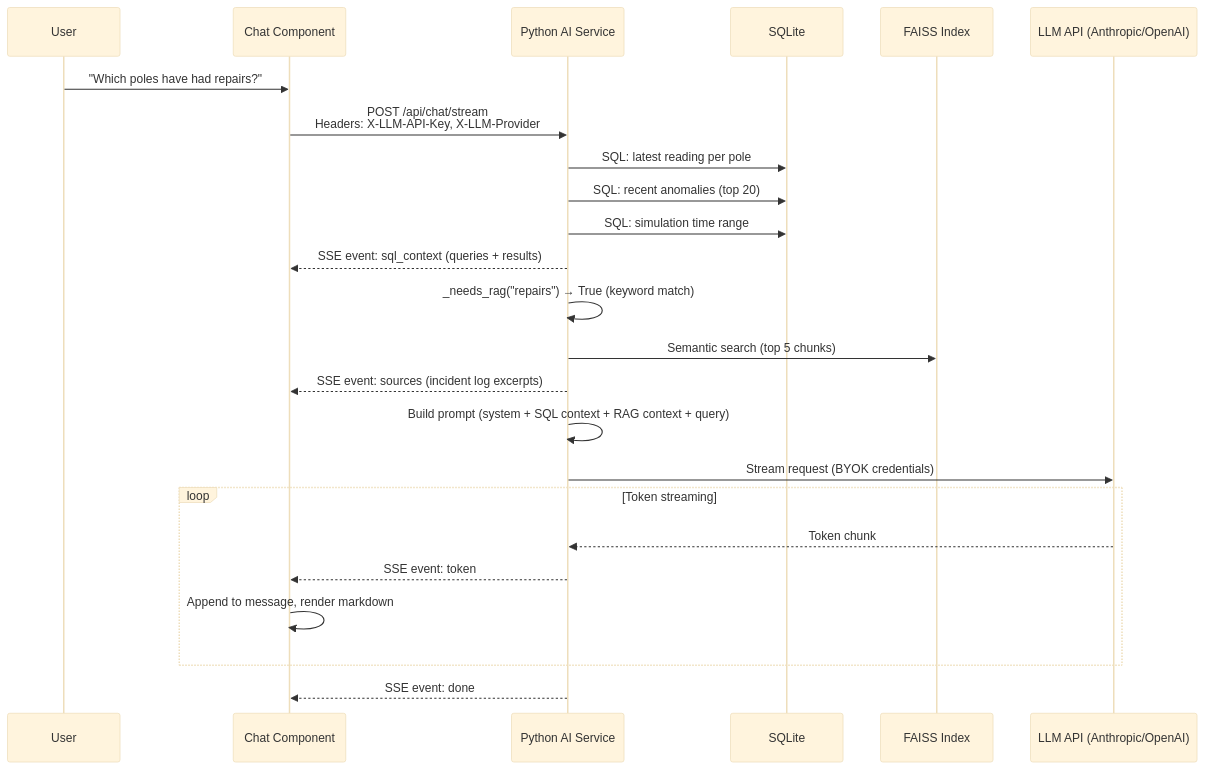
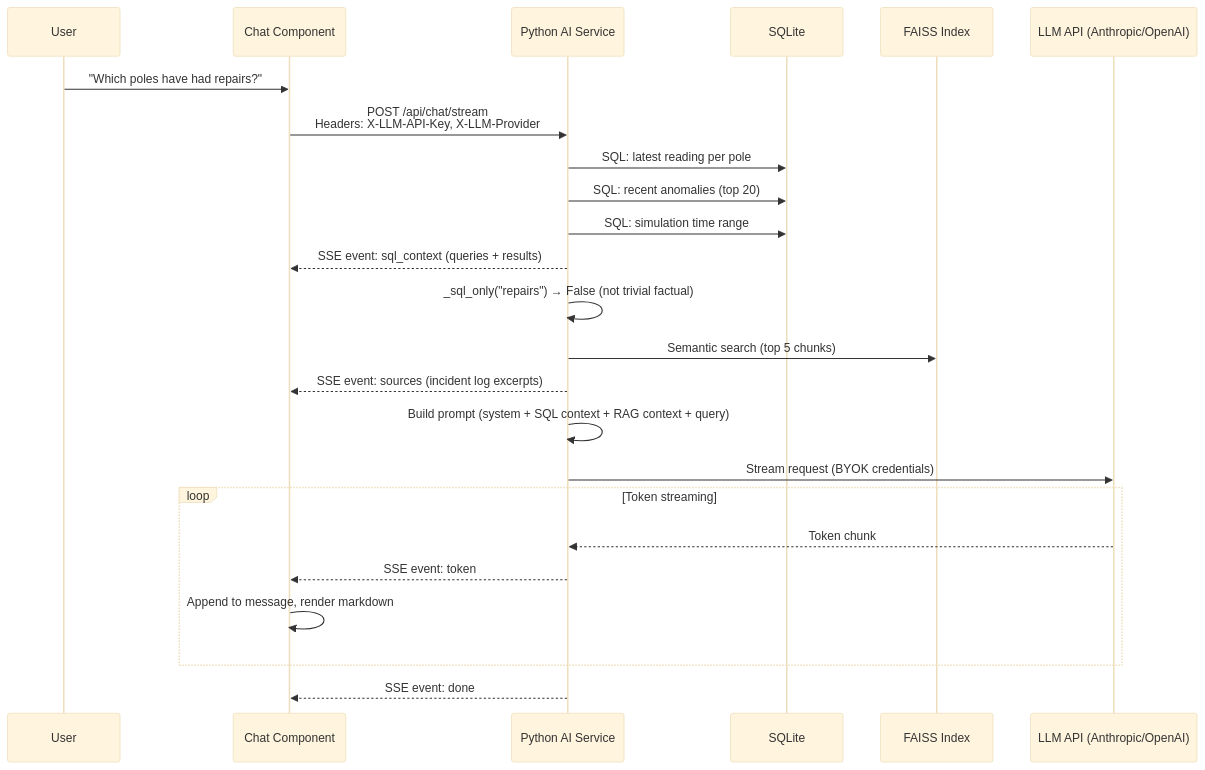
Before and after one commit to Muchagato/CogniLight: the fourth of 4 diagrams in docs/docs/architecture/data-flow.md, drawn with Mermaid (base theme). The commit also changed other lines of this file and 5 other files, not shown here.

First line of the commit message:
fix(ai): include RAG incident logs by default instead of keyword-gating

````diff
--- a/docs/docs/architecture/data-flow.md
+++ b/docs/docs/architecture/data-flow.md
@@ -124,32 +124,32 @@
 ```mermaid
 sequenceDiagram
     participant User
     participant FE as Chat Component
     participant AI as Python AI Service
     participant DB as SQLite
     participant FAISS as FAISS Index
     participant LLM as LLM API (Anthropic/OpenAI)
 
     User->>FE: "Which poles have had repairs?"
     FE->>AI: POST /api/chat/stream<br/>Headers: X-LLM-API-Key, X-LLM-Provider
 
     AI->>DB: SQL: latest reading per pole
     AI->>DB: SQL: recent anomalies (top 20)
     AI->>DB: SQL: simulation time range
     AI-->>FE: SSE event: sql_context (queries + results)
 
-    AI->>AI: _needs_rag("repairs") → True (keyword match)
+    AI->>AI: _sql_only("repairs") → False (not trivial factual)
     AI->>FAISS: Semantic search (top 5 chunks)
     AI-->>FE: SSE event: sources (incident log excerpts)
 
     AI->>AI: Build prompt (system + SQL context + RAG context + query)
     AI->>LLM: Stream request (BYOK credentials)
 
     loop Token streaming
         LLM-->>AI: Token chunk
         AI-->>FE: SSE event: token
         FE->>FE: Append to message, render markdown
     end
 
     AI-->>FE: SSE event: done
 ```
````
